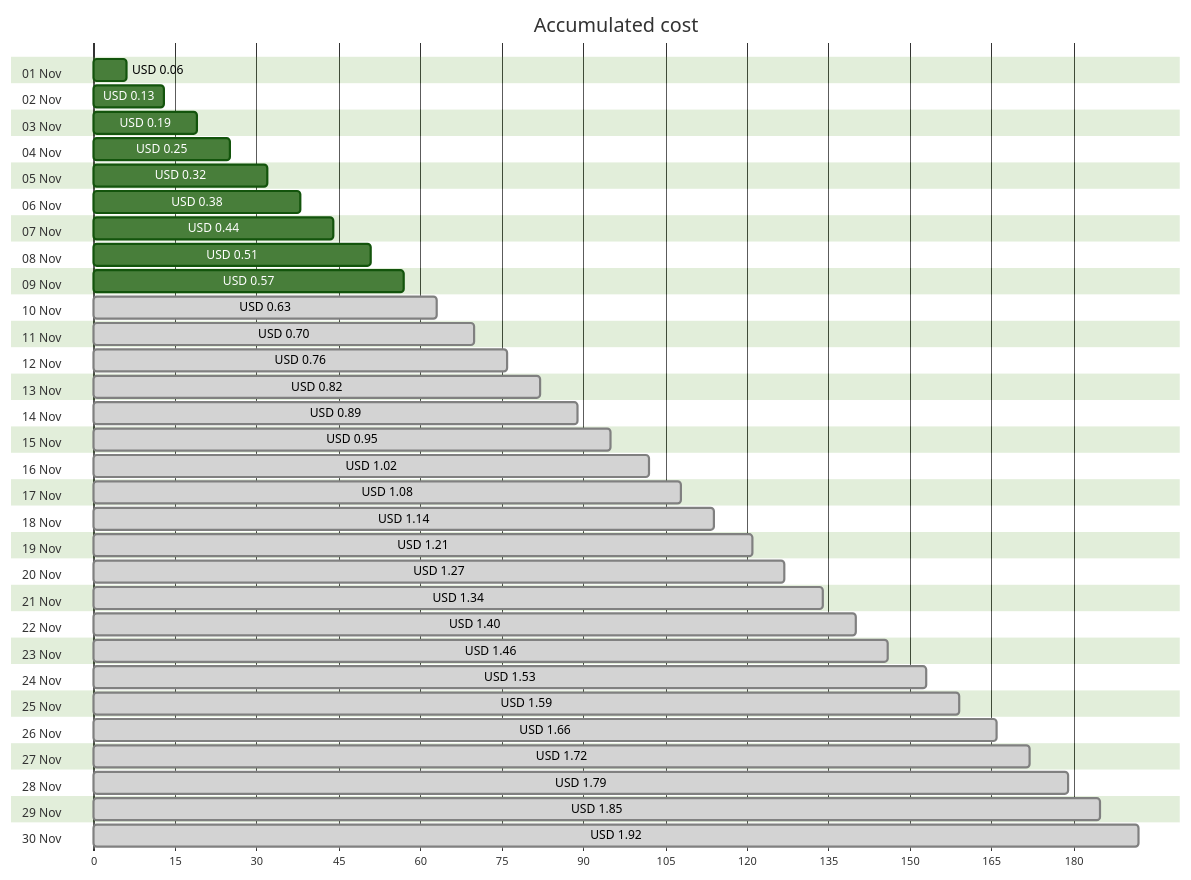
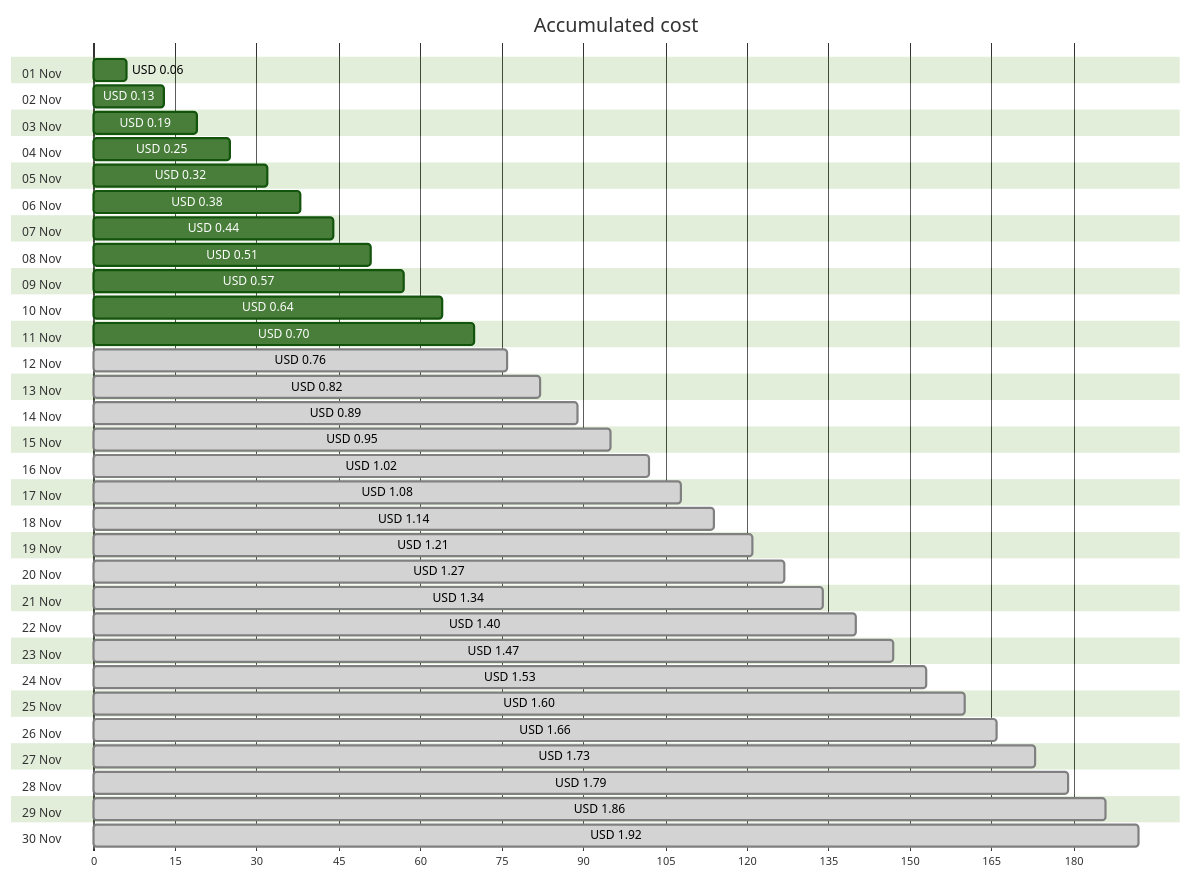
The first of 4 diagrams in cost-reports/personal-network/vpn-server_OsDisk.md (jpfulton/azure-personal-reports), drawn with Mermaid (forest theme) before and after one commit. The commit also changed other lines of this file and 8 other files, not shown here.

````diff
--- a/cost-reports/personal-network/vpn-server_OsDisk.md
+++ b/cost-reports/personal-network/vpn-server_OsDisk.md
@@ -20,66 +20,66 @@
 ```mermaid
 gantt
    title Accumulated cost
    dateFormat  X
    axisFormat %s
    section 01 Nov
    USD 0.06 :0, 6
    section 02 Nov
    USD 0.13 :0, 13
    section 03 Nov
    USD 0.19 :0, 19
    section 04 Nov
    USD 0.25 :0, 25
    section 05 Nov
    USD 0.32 :0, 32
    section 06 Nov
    USD 0.38 :0, 38
    section 07 Nov
    USD 0.44 :0, 44
    section 08 Nov
    USD 0.51 :0, 51
    section 09 Nov
    USD 0.57 :0, 57
    section 10 Nov
-   USD 0.63 : done, 0, 63
+   USD 0.64 :0, 64
    section 11 Nov
-   USD 0.70 : done, 0, 70
+   USD 0.70 :0, 70
    section 12 Nov
    USD 0.76 : done, 0, 76
    section 13 Nov
    USD 0.82 : done, 0, 82
    section 14 Nov
    USD 0.89 : done, 0, 89
    section 15 Nov
    USD 0.95 : done, 0, 95
    section 16 Nov
    USD 1.02 : done, 0, 102
    section 17 Nov
    USD 1.08 : done, 0, 108
    section 18 Nov
    USD 1.14 : done, 0, 114
    section 19 Nov
    USD 1.21 : done, 0, 121
    section 20 Nov
    USD 1.27 : done, 0, 127
    section 21 Nov
    USD 1.34 : done, 0, 134
    section 22 Nov
    USD 1.40 : done, 0, 140
    section 23 Nov
-   USD 1.46 : done, 0, 146
+   USD 1.47 : done, 0, 147
    section 24 Nov
    USD 1.53 : done, 0, 153
    section 25 Nov
-   USD 1.59 : done, 0, 159
+   USD 1.60 : done, 0, 160
    section 26 Nov
    USD 1.66 : done, 0, 166
    section 27 Nov
-   USD 1.72 : done, 0, 172
+   USD 1.73 : done, 0, 173
    section 28 Nov
    USD 1.79 : done, 0, 179
    section 29 Nov
-   USD 1.85 : done, 0, 185
+   USD 1.86 : done, 0, 186
    section 30 Nov
    USD 1.92 : done, 0, 192
 ```
````
